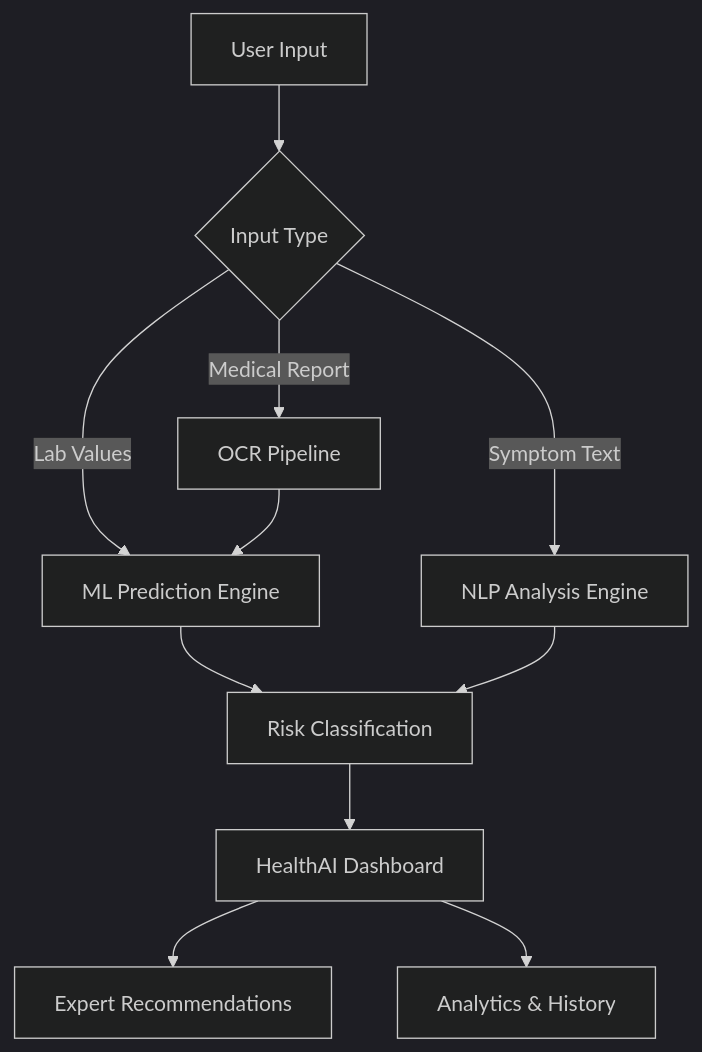
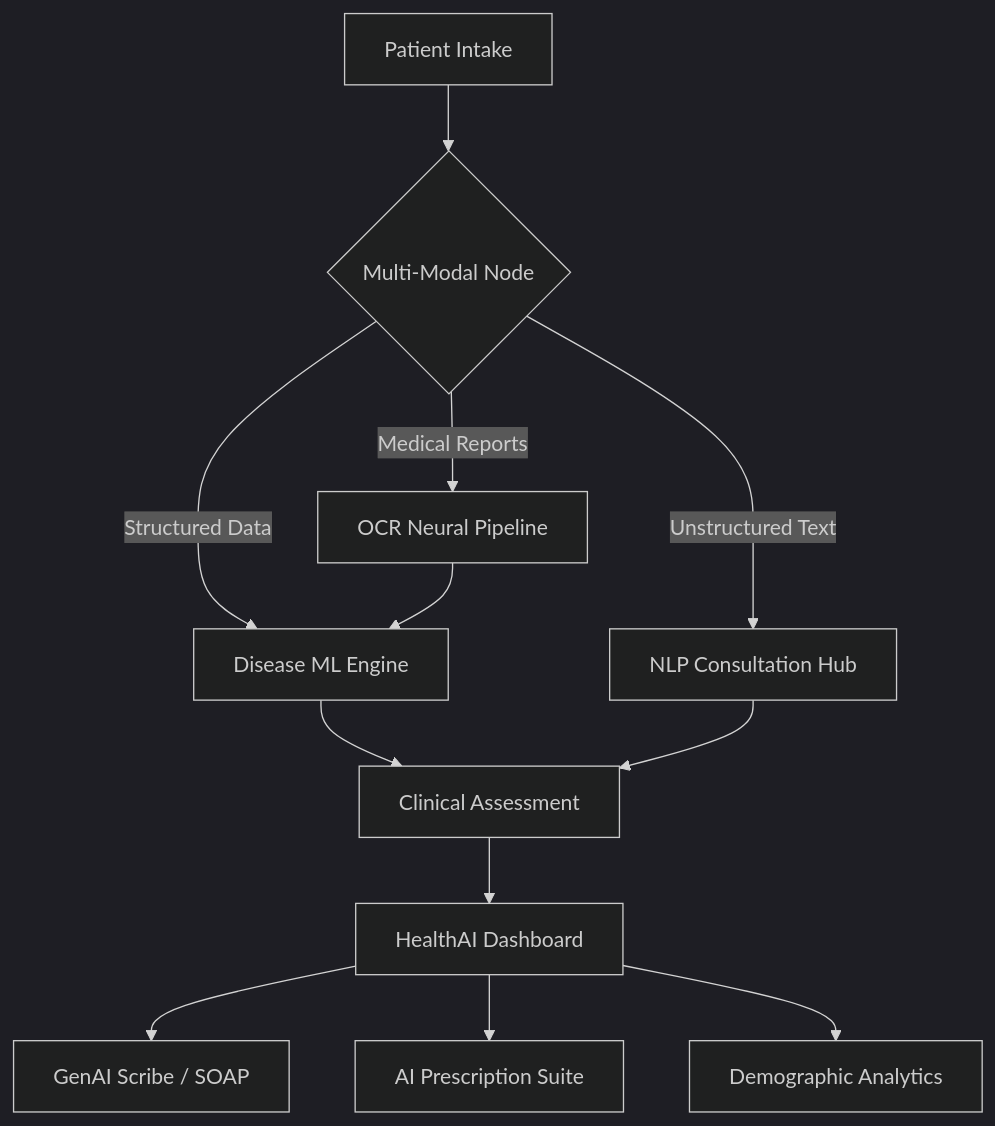
One commit to damruyadav2022-lpu/health_ai_project changed the diagram in README.md. Above: the diagram before and after it, drawn with Mermaid (dark theme). The commit also changed other lines of this file and 53 other files, not shown here.

````diff
--- a/README.md
+++ b/README.md
@@ -28,13 +31,14 @@
 ```mermaid
 graph TD
-    A[User Input] --> B{Input Type}
-    B -- Lab Values --> C[ML Prediction Engine]
-    B -- Symptom Text --> D[NLP Analysis Engine]
-    B -- Medical Report --> E[OCR Pipeline]
+    A[Patient Intake] --> B{Multi-Modal Node}
+    B -- Structured Data --> C[Disease ML Engine]
+    B -- Unstructured Text --> D[NLP Consultation Hub]
+    B -- Medical Reports --> E[OCR Neural Pipeline]
     E --> C
-    C --> F[Risk Classification]
+    C --> F[Clinical Assessment]
     D --> F
     F --> G[HealthAI Dashboard]
-    G --> H[Expert Recommendations]
-    G --> I[Analytics & History]
+    G --> H[GenAI Scribe / SOAP]
+    G --> I[AI Prescription Suite]
+    G --> J[Demographic Analytics]
 ```
````
